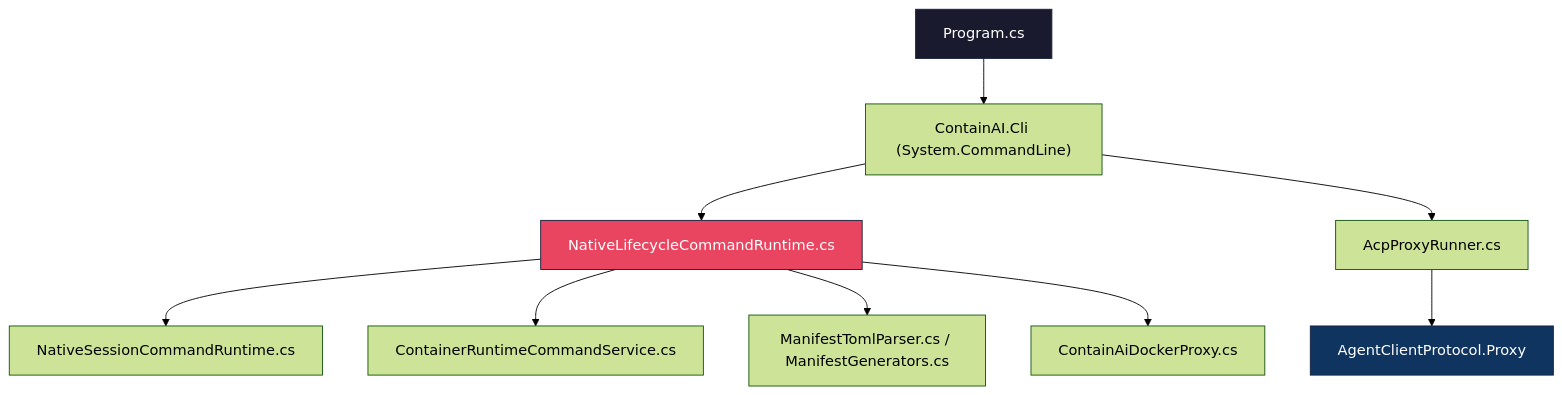
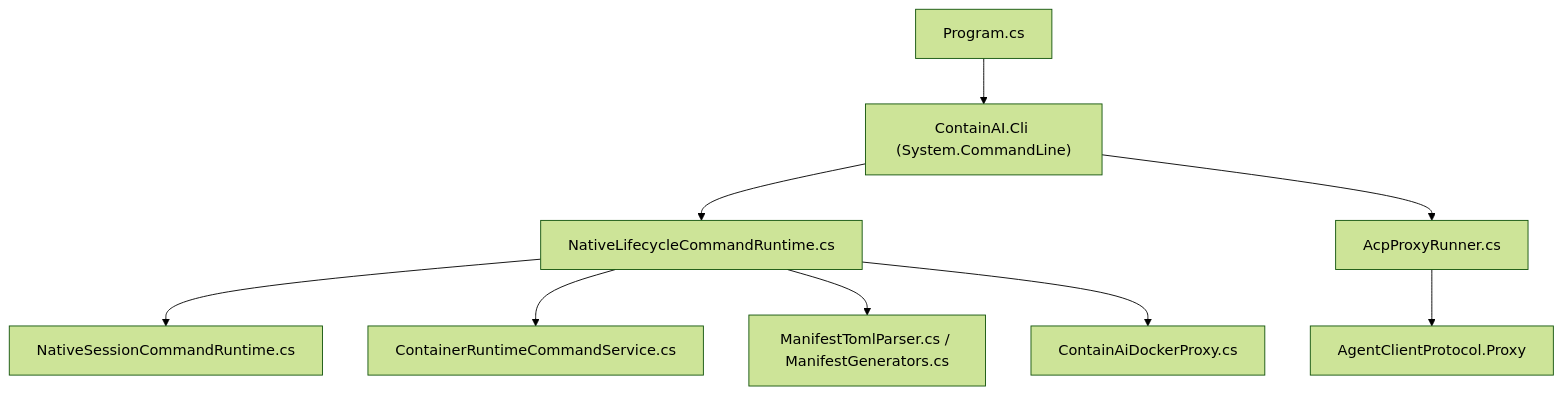
One commit to novotnyllc/ContainAI changed the eighth of 11 diagrams in docs/architecture.md. Above: the diagram before and after it, drawn with Mermaid (forest theme). The commit also changed other lines of this file and 14 other files, not shown here.

````diff
--- a/docs/architecture.md
+++ b/docs/architecture.md
@@ -443,15 +428,12 @@
 ```mermaid
 flowchart TD
     Main["Program.cs"] --> Cli["ContainAI.Cli (System.CommandLine)"]
     Cli --> Runtime["NativeLifecycleCommandRuntime.cs"]
     Runtime --> Session["NativeSessionCommandRuntime.cs"]
     Runtime --> Container["ContainerRuntimeCommandService.cs"]
     Runtime --> Manifest["ManifestTomlParser.cs / ManifestGenerators.cs"]
     Runtime --> DockerProxy["ContainAiDockerProxy.cs"]
     Cli --> AcpRunner["AcpProxyRunner.cs"]
     AcpRunner --> AcpLib["AgentClientProtocol.Proxy"]
 
-    style Main fill:#1a1a2e,stroke:#16213e,color:#fff
-    style Runtime fill:#e94560,stroke:#16213e,color:#fff
-    style AcpLib fill:#0f3460,stroke:#16213e,color:#fff
 ```
````
